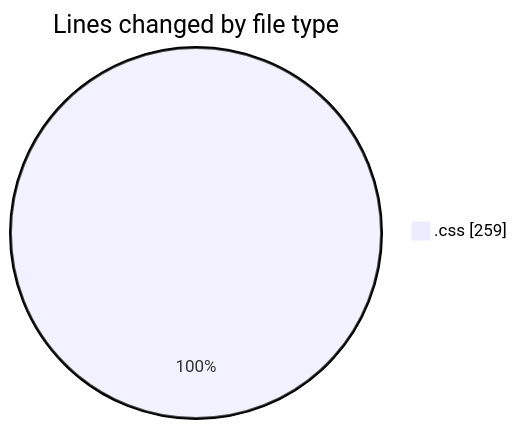
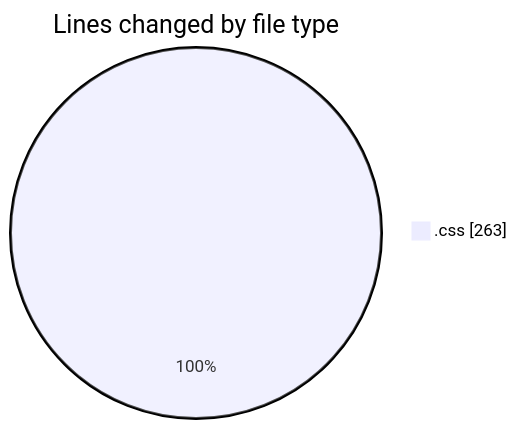
The first of 2 diagrams in 2026-07-17/pythonprojects/README.md (MatusMokan/code-tracking), drawn with Mermaid before and after one commit. The commit also changed other lines of this file and 1 other file, not shown here.

````diff
--- a/2026-07-17/pythonprojects/README.md
+++ b/2026-07-17/pythonprojects/README.md
@@ -20,5 +20,5 @@
 ```mermaid
 pie showData
 title Lines changed by file type
-".css" : 259
+".css" : 263
 ```
````
